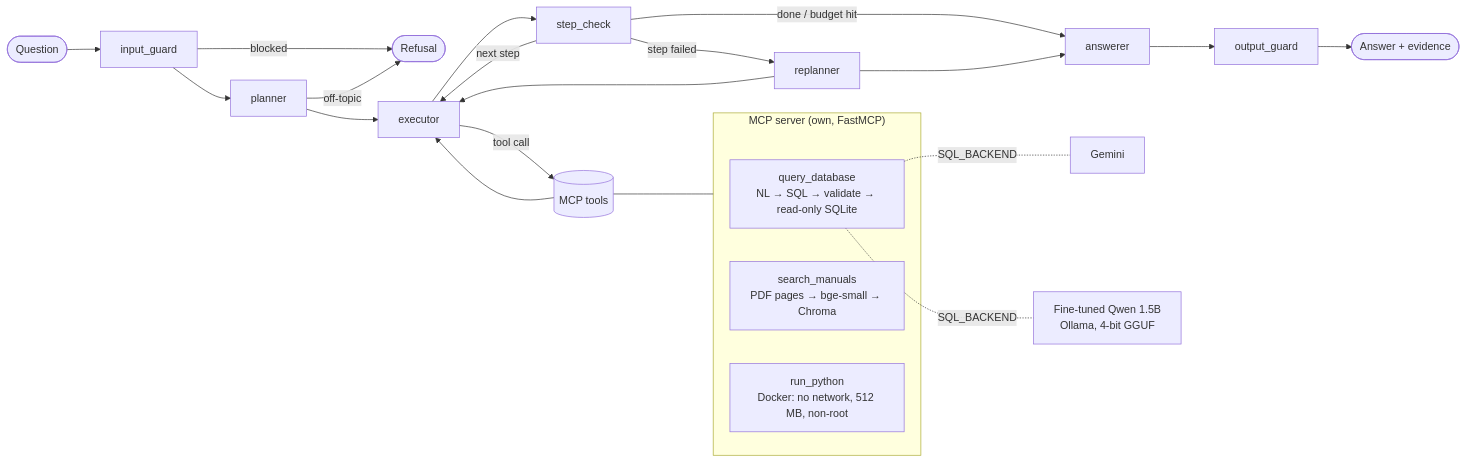
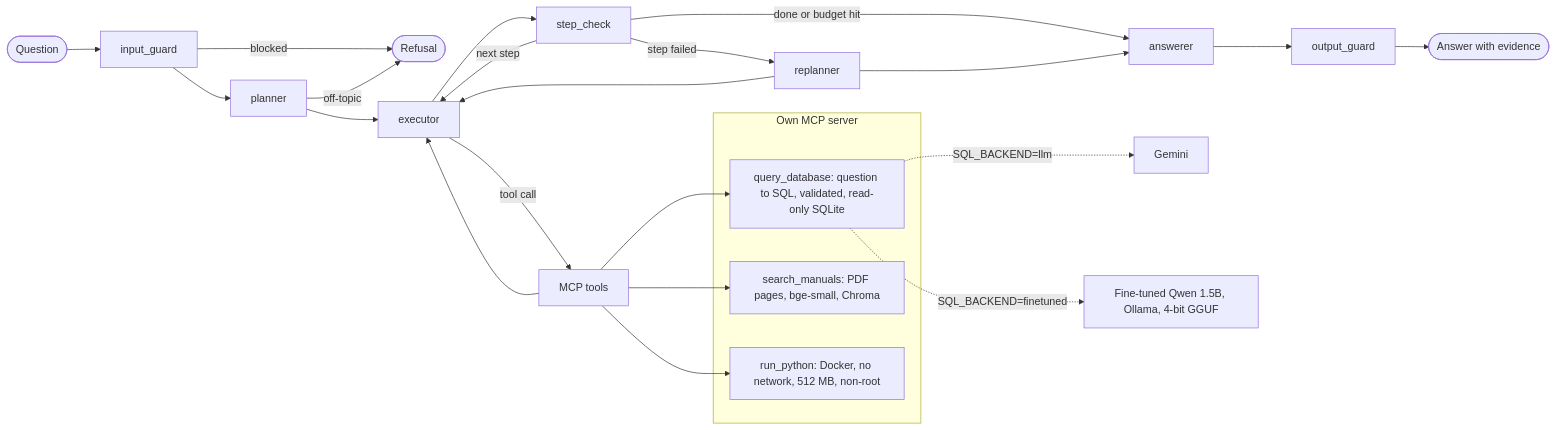
One commit to MohamedAdelAbdelrahman/industrial-data-analyst-agent changed the diagram in README.md. Above: the diagram before and after it, drawn with Mermaid.

Commit message:
README: simpler Mermaid syntax so GitHub renders the diagram

````diff
--- a/README.md
+++ b/README.md
@@ -14,25 +14,29 @@
 ```mermaid
 flowchart LR
-    U([Question]) --> IG[input_guard]
-    IG -- blocked --> X([Refusal])
-    IG --> P[planner]
-    P -- off-topic --> X
-    P --> E[executor]
-    E -- tool call --> T[(MCP tools)]
+    U(["Question"]) --> IG["input_guard"]
+    IG -->|blocked| X(["Refusal"])
+    IG --> P["planner"]
+    P -->|off-topic| X
+    P --> E["executor"]
+    E -->|tool call| T["MCP tools"]
     T --> E
-    E --> SC[step_check]
-    SC -- next step --> E
-    SC -- step failed --> R[replanner]
+    E --> SC["step_check"]
+    SC -->|next step| E
+    SC -->|step failed| R["replanner"]
     R --> E
-    SC -- done / budget hit --> A[answerer]
+    SC -->|done or budget hit| A["answerer"]
     R --> A
-    A --> OG[output_guard] --> F([Answer + evidence])
+    A --> OG["output_guard"]
+    OG --> F(["Answer with evidence"])
 
-    subgraph MCP["MCP server (own, FastMCP)"]
-        Q[query_database<br/>NL → SQL → validate → read-only SQLite]
-        S[search_manuals<br/>PDF pages → bge-small → Chroma]
-        Y[run_python<br/>Docker: no network, 512 MB, non-root]
+    subgraph MCP ["Own MCP server"]
+        Q["query_database: question to SQL, validated, read-only SQLite"]
+        S["search_manuals: PDF pages, bge-small, Chroma"]
+        Y["run_python: Docker, no network, 512 MB, non-root"]
     end
-    T --- MCP
-    Q -. SQL_BACKEND .- G[Gemini] & O[Fine-tuned Qwen 1.5B<br/>Ollama, 4-bit GGUF]
+    T --> Q
+    T --> S
+    T --> Y
+    Q -.->|SQL_BACKEND=llm| G["Gemini"]
+    Q -.->|SQL_BACKEND=finetuned| O["Fine-tuned Qwen 1.5B, Ollama, 4-bit GGUF"]
 ```
````
